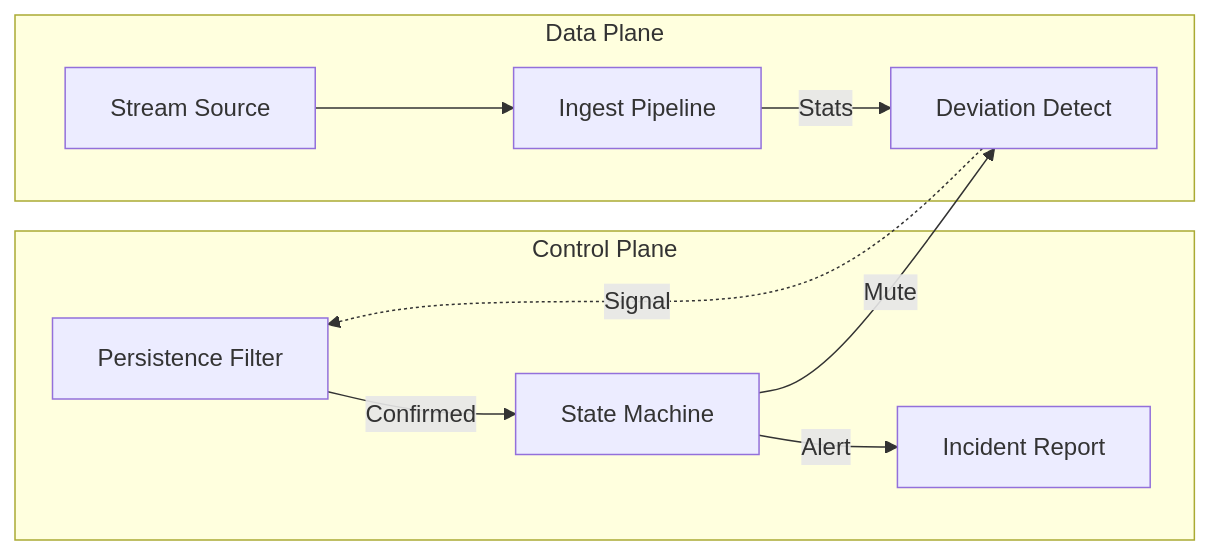
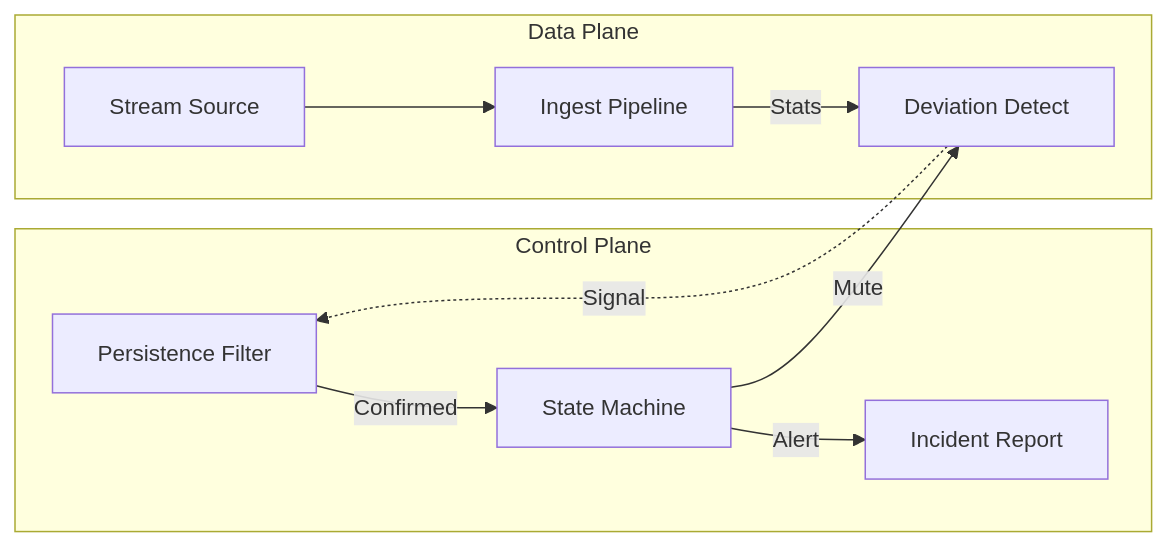
The diagram in README.md (Mihirmaru22/BLACKICE), drawn with Mermaid before and after one commit.

Commit message:
docs: slightly reduce mermaid font size to 15px

````diff
--- a/README.md
+++ b/README.md
@@ -74,29 +74,30 @@
 ```mermaid
+%%{init: {'theme': 'default', 'themeVariables': { 'fontSize': '15px'}}}%%
 graph LR
   %% 1. Define Subgraphs
   subgraph Control["Control Plane"]
     PF[Persistence Filter]
     SM[State Machine]
     IR[Incident Report]
   end
 
   subgraph Data["Data Plane"]
     SS[Stream Source]
     IP[Ingest Pipeline]
     DD[Deviation Detect]
   end
 
   %% 2. Data Plane Flow
   SS --> IP
   IP -->|Stats| DD
 
   %% 3. Cross-Layer Signal
   DD -.->|Signal| PF
 
   %% 4. Control Plane Flow
   PF -->|Confirmed| SM
   SM -->|Alert| IR
 
   %% 5. Feedback Loop
   SM -->|Mute| DD
 ```
````
